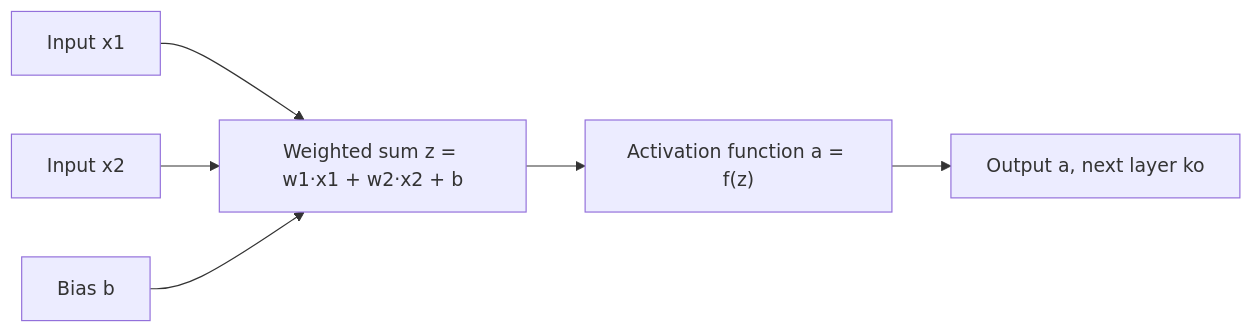
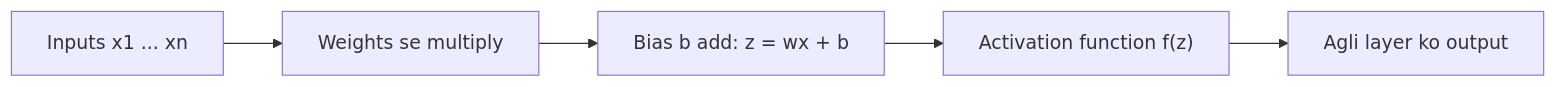
The first of 3 diagrams in content/deep-learning/notes/activation-functions.hi.mdx (TrendySloth1001/sem-seven-notes), drawn with Mermaid before and after one commit. The commit also changed other lines of this file and 168 other files, not shown here.

````diff
--- a/content/deep-learning/notes/activation-functions.hi.mdx
+++ b/content/deep-learning/notes/activation-functions.hi.mdx
@@ -73,9 +32,8 @@
 ```mermaid
-%% caption: Ek neuron. Weighted sum inputs ka straight-line mix hai. Activation function hi akela bent, non-straight step hai.
+%% caption: Ek neuron ke andar activation function kahan baithta hai.
 flowchart LR
-  X1["Input x1"] --> S["Weighted sum z = w1·x1 + w2·x2 + b"]
-  X2["Input x2"] --> S
-  B["Bias b"] --> S
-  S --> F["Activation function a = f(z)"]
-  F --> O["Output a, next layer ko"]
+  A["Inputs x1 ... xn"] --> B["Weights se multiply"]
+  B --> C["Bias b add: z = wx + b"]
+  C --> D["Activation function f(z)"]
+  D --> E["Agli layer ko output"]
 ```
````
